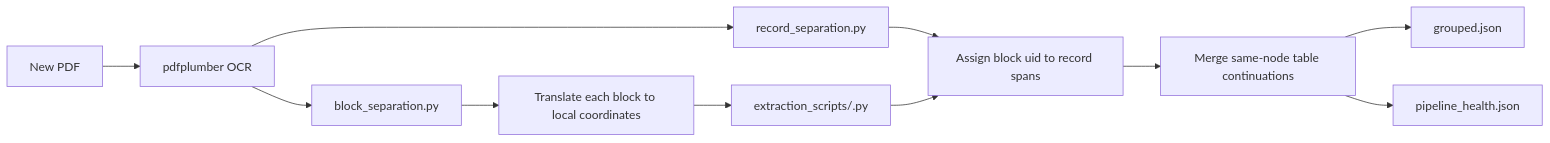
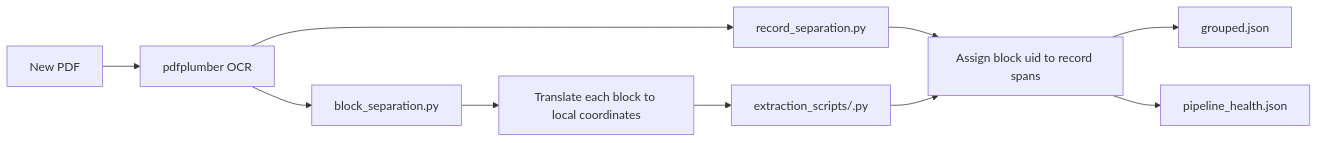
One commit to riccardobollati/twix_2 changed the fourth of 6 diagrams in README.md. Above: the diagram before and after it, drawn with Mermaid. The commit also changed other lines of this file, not shown here.

````diff
--- a/README.md
+++ b/README.md
@@ -309,13 +309,12 @@
 ```mermaid
 flowchart LR
     PDF["New PDF"] --> OCR["pdfplumber OCR"]
     OCR --> REC["record_separation.py"]
     OCR --> BLK["block_separation.py"]
     BLK --> REL["Translate each block to local coordinates"]
     REL --> EX["extraction_scripts/<node_id>.py"]
     REC --> GROUP["Assign block uid to record spans"]
     EX --> GROUP
-    GROUP --> MERGE["Merge same-node table continuations"]
-    MERGE --> JSON["grouped.json"]
-    MERGE --> HEALTH["pipeline_health.json"]
+    GROUP --> JSON["grouped.json"]
+    GROUP --> HEALTH["pipeline_health.json"]
 ```
````
